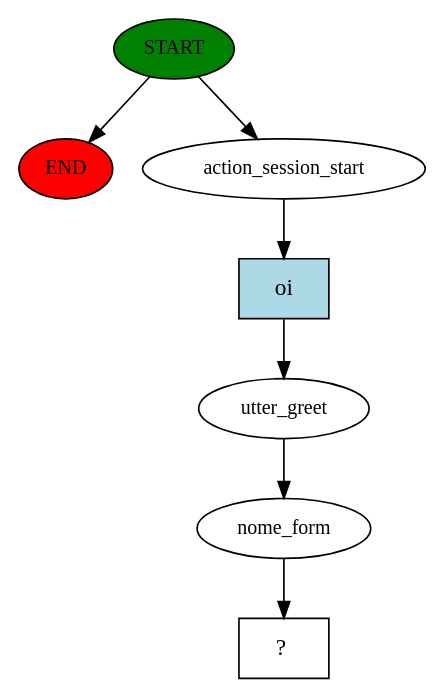
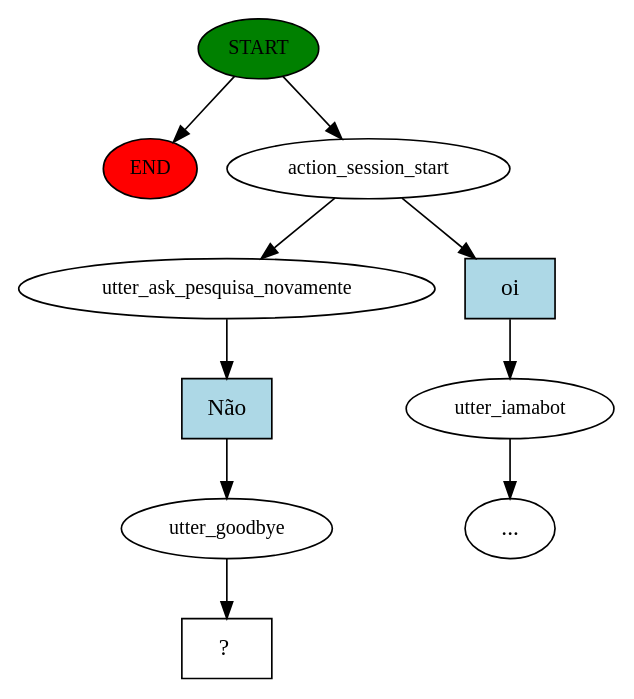
The diagram in story_graph.dot (daniel-compasso/avaliacao-sprint-4), drawn with Graphviz before and after one commit. The commit also changed 42 other files, not shown here.

```diff
--- a/story_graph.dot
+++ b/story_graph.dot
@@ -1,15 +1,21 @@
 digraph  {
 0 [class="start active", fillcolor=green, fontsize=12, label=START, style=filled];
 "-1" [class=end, fillcolor=red, fontsize=12, label=END, style=filled];
 1 [class=active, fontsize=12, label=action_session_start];
-2 [class=active, fontsize=12, label=utter_greet];
-3 [class=active, fontsize=12, label=nome_form];
-4 [class="intent dashed active", label="  ?  ", shape=rect];
-5 [class="intent active", fillcolor=lightblue, label=oi, shape=rect, style=filled];
+2 [class="", fontsize=12, label=utter_iamabot];
+"-3" [class=ellipsis, label="..."];
+4 [class=active, fontsize=12, label=utter_ask_pesquisa_novamente];
+5 [class=active, fontsize=12, label=utter_goodbye];
+6 [class="intent dashed active", label="  ?  ", shape=rect];
+7 [class=intent, fillcolor=lightblue, label=oi, shape=rect, style=filled];
+8 [class="intent active", fillcolor=lightblue, label="Não", shape=rect, style=filled];
 0 -> "-1"  [class="", key=NONE, label=""];
 0 -> 1  [class=active, key=NONE, label=""];
-1 -> 5  [class=active, key=0];
-2 -> 3  [class=active, key=NONE, label=""];
-3 -> 4  [class=active, key=NONE, label=""];
-5 -> 2  [class=active, key=0];
+1 -> 4  [class=active, key=NONE, label=""];
+1 -> 7  [class="", key=0];
+2 -> "-3"  [class="", key=NONE, label=""];
+4 -> 8  [class=active, key=0];
+5 -> 6  [class=active, key=NONE, label=""];
+7 -> 2  [class="", key=0];
+8 -> 5  [class=active, key=0];
 }
```
